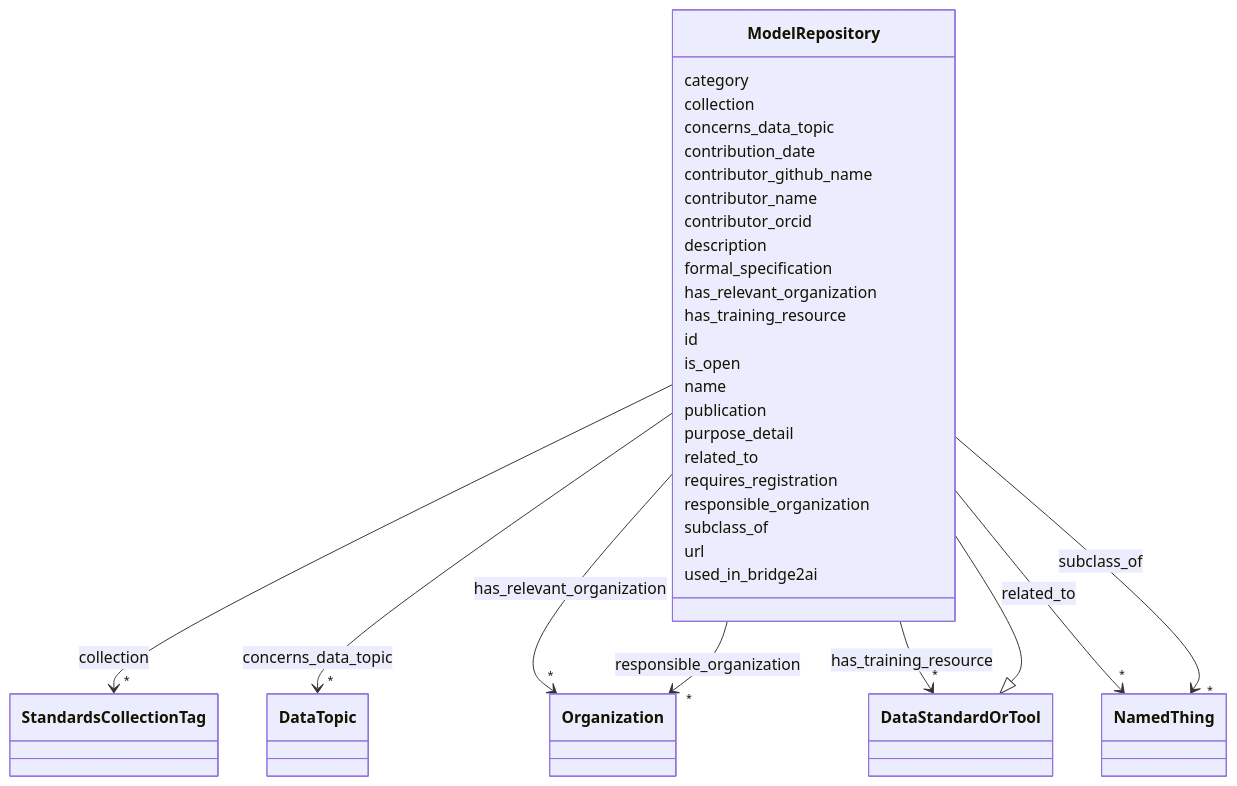
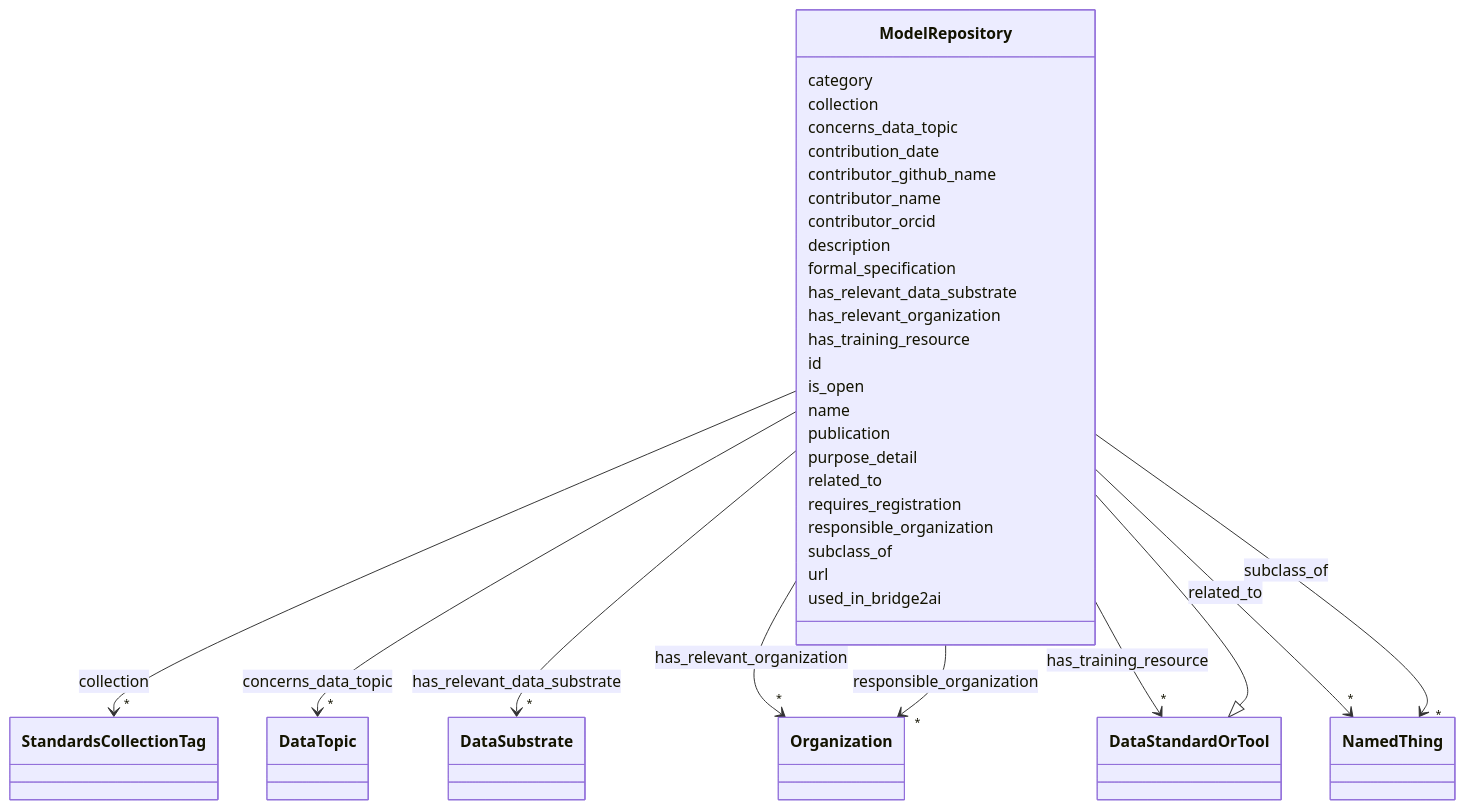
Before and after one commit to bridge2ai/standards-schemas: the diagram in docs/ModelRepository.md, drawn with Mermaid. The commit also changed other lines of this file and 38 other files, not shown here.

Commit message:
Update schema artifacts

```diff
--- a/docs/ModelRepository.md
+++ b/docs/ModelRepository.md
@@ -58,6 +58,17 @@
       ModelRepository : description
         
       ModelRepository : formal_specification
+        
+      ModelRepository : has_relevant_data_substrate
+        
+          
+    
+        
+        
+        ModelRepository --> "*" DataSubstrate : has_relevant_data_substrate
+        click DataSubstrate href "../DataSubstrate"
+    
+
         
       ModelRepository : has_relevant_organization
         
```
